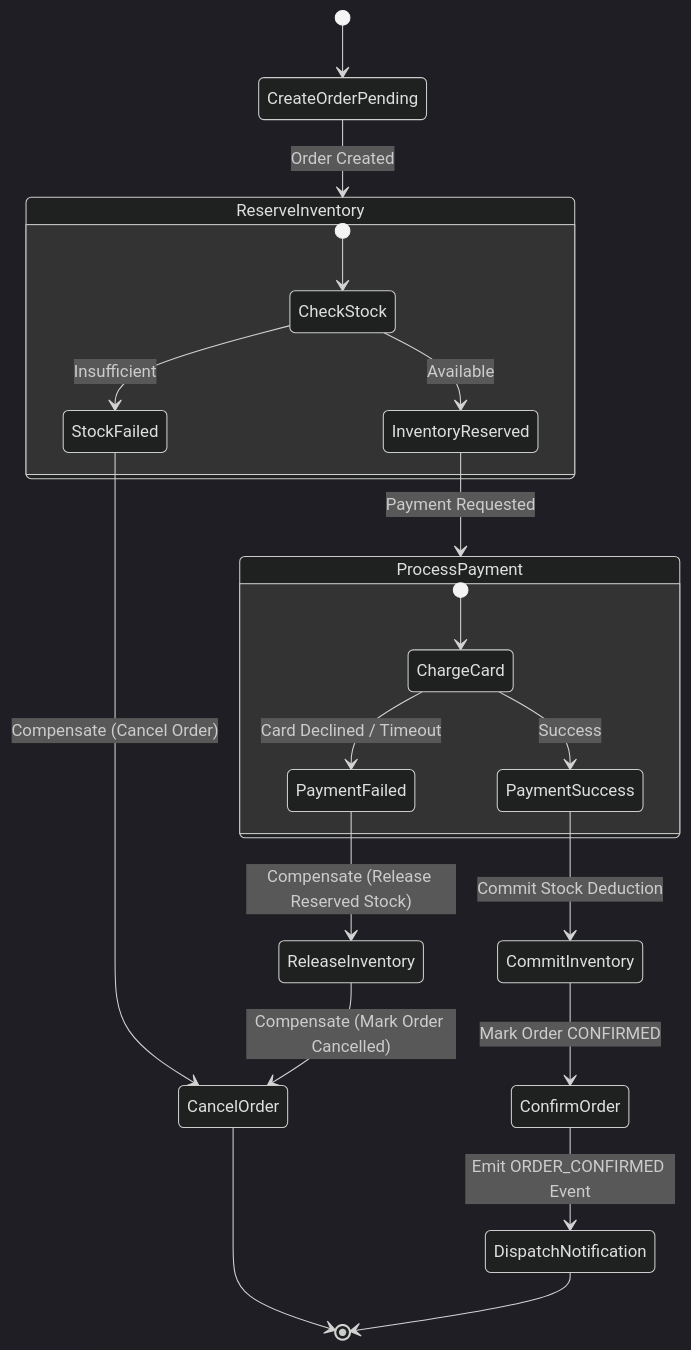
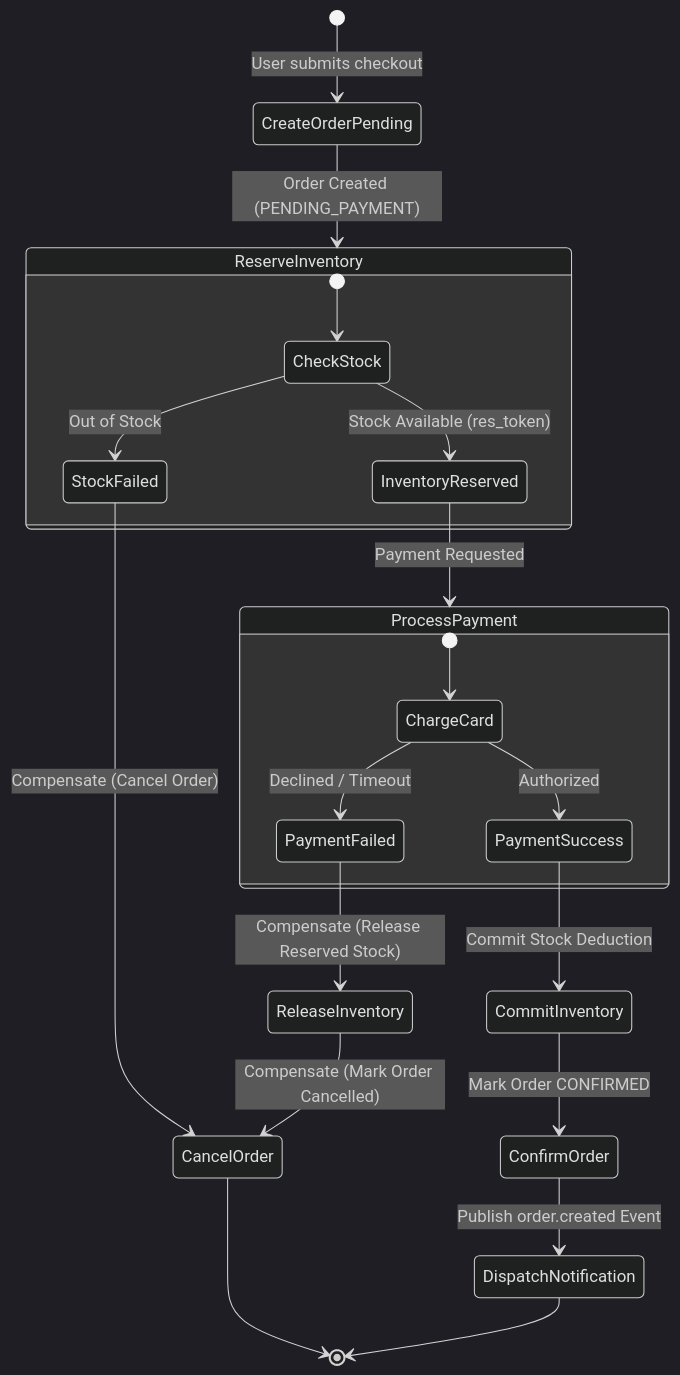
The fifth of 6 diagrams in README.md (Next-Gen-Coder-2007/E-Commerce), drawn with Mermaid (dark theme) before and after one commit. The commit also changed other lines of this file and 5 other files, not shown here.

````diff
--- a/README.md
+++ b/README.md
@@ -353,30 +266,30 @@
 ```mermaid
 stateDiagram-v2
-    [*] --> CreateOrderPending
-    CreateOrderPending --> ReserveInventory : Order Created
+    [*] --> CreateOrderPending : User submits checkout
+    CreateOrderPending --> ReserveInventory : Order Created (PENDING_PAYMENT)
     
     state ReserveInventory {
         [*] --> CheckStock
-        CheckStock --> InventoryReserved : Available
-        CheckStock --> StockFailed : Insufficient
+        CheckStock --> InventoryReserved : Stock Available (res_token)
+        CheckStock --> StockFailed : Out of Stock
     }
     
     StockFailed --> CancelOrder : Compensate (Cancel Order)
     
     InventoryReserved --> ProcessPayment : Payment Requested
     
     state ProcessPayment {
         [*] --> ChargeCard
-        ChargeCard --> PaymentSuccess : Success
-        ChargeCard --> PaymentFailed : Card Declined / Timeout
+        ChargeCard --> PaymentSuccess : Authorized
+        ChargeCard --> PaymentFailed : Declined / Timeout
     }
     
     PaymentFailed --> ReleaseInventory : Compensate (Release Reserved Stock)
     ReleaseInventory --> CancelOrder : Compensate (Mark Order Cancelled)
     CancelOrder --> [*]
     
     PaymentSuccess --> CommitInventory : Commit Stock Deduction
     CommitInventory --> ConfirmOrder : Mark Order CONFIRMED
-    ConfirmOrder --> DispatchNotification : Emit ORDER_CONFIRMED Event
+    ConfirmOrder --> DispatchNotification : Publish order.created Event
     DispatchNotification --> [*]
 ```
````
